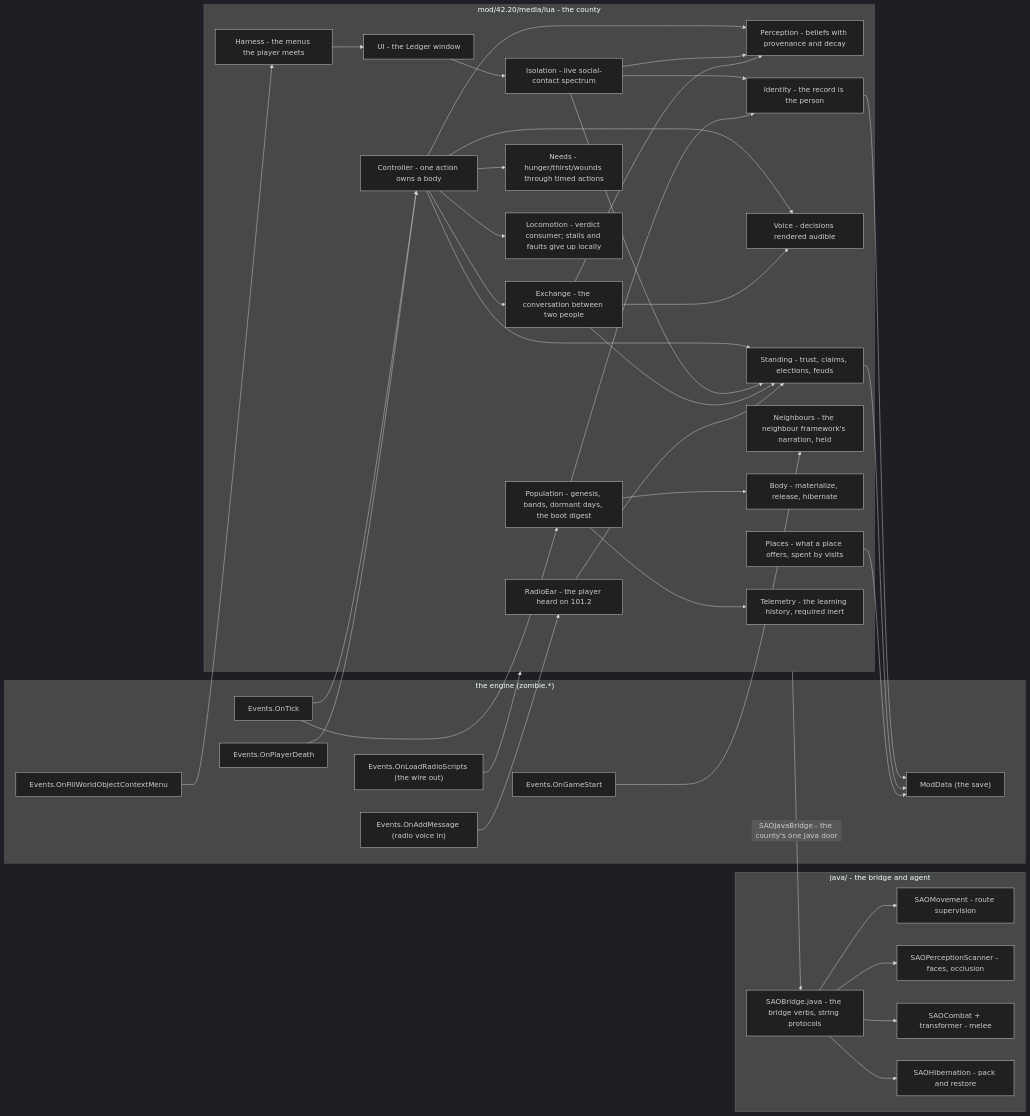
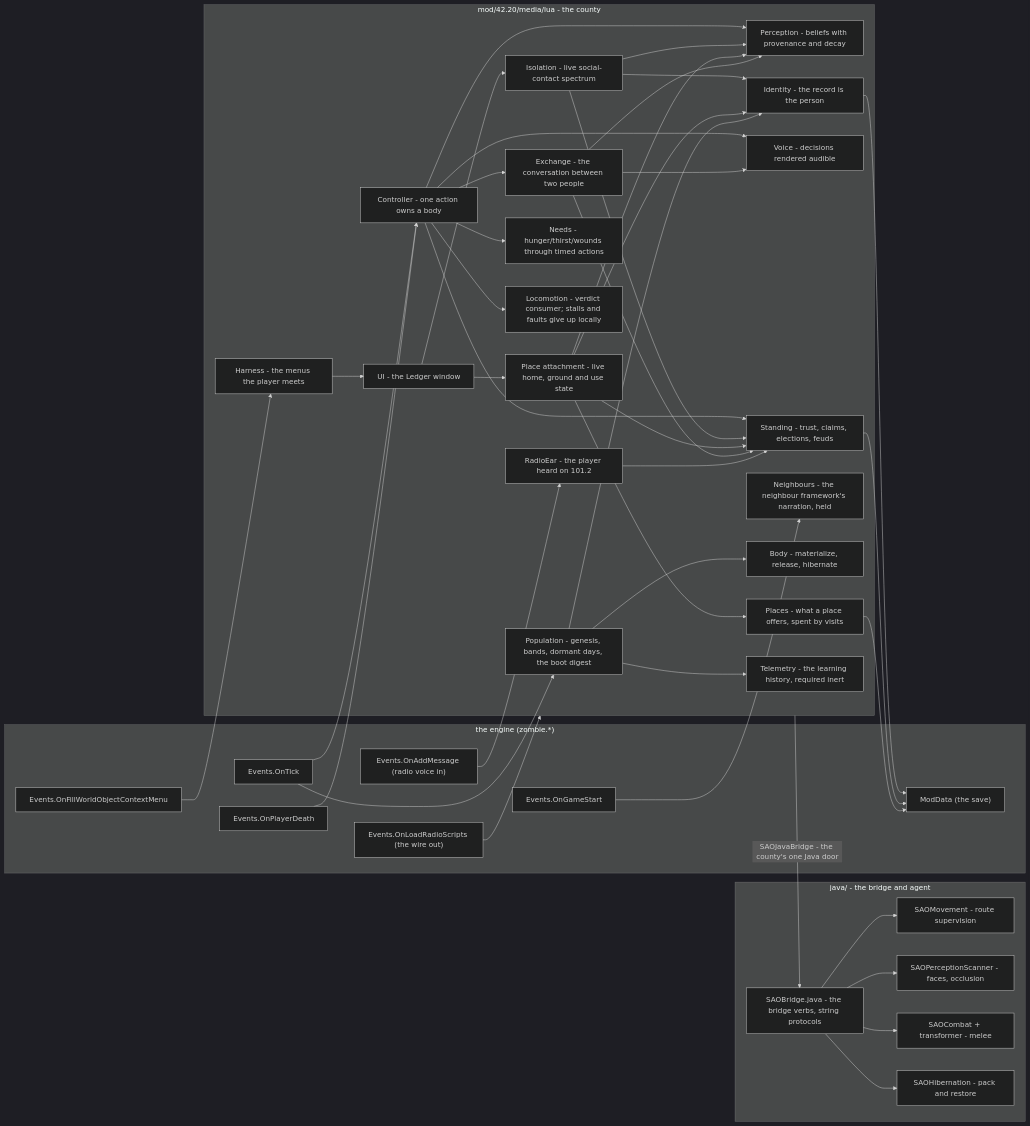
One commit to ellyj3rain/sao changed the first of 3 diagrams in MAPS.md. Above: the diagram before and after it, drawn with Mermaid (dark theme). The commit also changed other lines of this file and 33 other files, not shown here.

First line of the commit message:
[C95] Place attachment becomes a live state

````diff
--- a/MAPS.md
+++ b/MAPS.md
@@ -18,55 +18,58 @@
 ```mermaid
 flowchart LR
     subgraph Engine["the engine (zombie.*)"]
         T["Events.OnTick"]:::e
         D["Events.OnPlayerDeath"]:::e
         M["Events.OnAddMessage (radio voice in)"]:::e
         R["Events.OnLoadRadioScripts (the wire out)"]:::e
         CTX["Events.OnFillWorldObjectContextMenu"]:::e
         GS["Events.OnGameStart"]:::e
         MD["ModData (the save)"]:::e
     end
     subgraph Java["java/ - the bridge and agent"]
         BR["SAOBridge.java - the bridge verbs, string protocols"]
         MV["SAOMovement - route supervision"]
         SC["SAOPerceptionScanner - faces, occlusion"]
         CP["SAOCombat + transformer - melee"]
         HB["SAOHibernation - pack and restore"]
     end
     subgraph Lua["mod/42.20/media/lua - the county"]
         POP["Population - genesis, bands, dormant days, the boot digest"]
         CTL["Controller - one action owns a body"]
         PER["Perception - beliefs with provenance and decay"]
         ISO["Isolation - live social-contact spectrum"]
+        ATT["Place attachment - live home, ground and use state"]
         STA["Standing - trust, claims, elections, feuds"]
         EXC["Exchange - the conversation between two people"]
         VOI["Voice - decisions rendered audible"]
         NDS["Needs - hunger/thirst/wounds through timed actions"]
         LOC["Locomotion - verdict consumer; stalls and faults give up locally"]
         PLA["Places - what a place offers, spent by visits"]
         NBR["Neighbours - the neighbour framework's narration, held"]
         BOD["Body - materialize, release, hibernate"]
         IDE["Identity - the record is the person"]
         UIX["UI - the Ledger window"]
         HAR["Harness - the menus the player meets"]
         RDE["RadioEar - the player heard on 101.2"]
         TEL["Telemetry - the learning history, required inert"]
     end
     Lua -- "SAOJavaBridge - the county's one Java door" --> BR
     BR --> MV & SC & CP & HB
     T --> POP
     T --> CTL
     D --> CTL
     CTL --> PER & STA & EXC & VOI & LOC & NDS
     UIX --> ISO
+    UIX --> ATT
     ISO --> IDE & PER & STA
+    ATT --> IDE & PER & PLA & STA
     POP --> IDE & BOD & TEL
     EXC --> PER & STA & VOI
     IDE --> MD
     STA --> MD
     PLA --> MD
     M --> RDE --> STA
     R --> Lua
     CTX --> HAR --> UIX
     GS --> NBR
 ```
````
